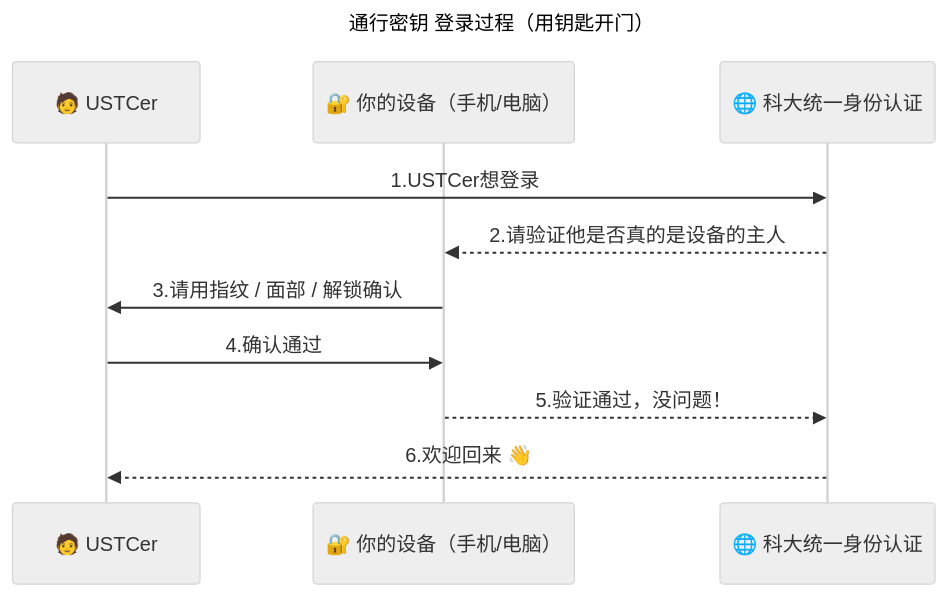
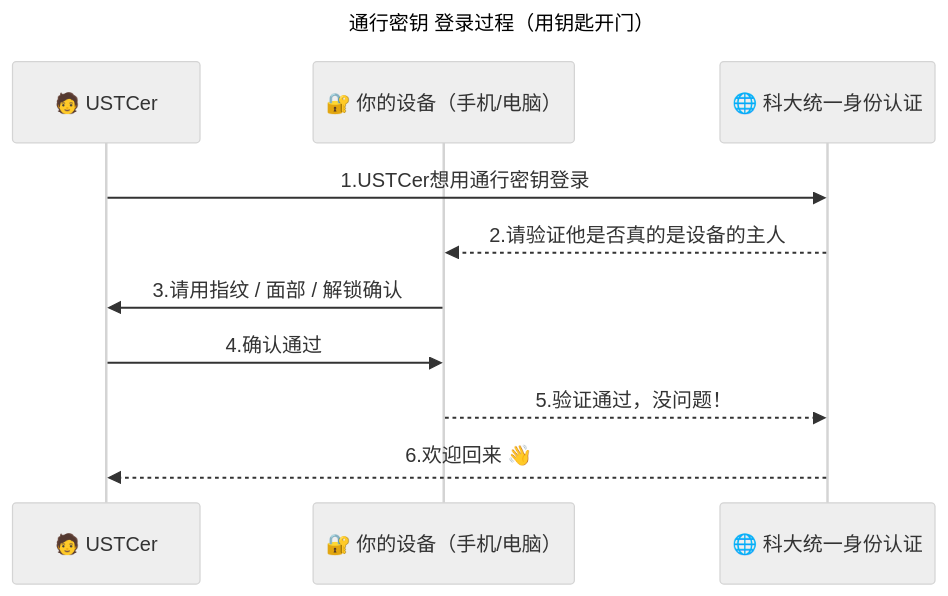
The second of 3 diagrams in docs/passkey.md (wf0229/id_doc), drawn with Mermaid (neutral theme) before and after one commit. The commit also changed other lines of this file, not shown here.

````diff
--- a/docs/passkey.md
+++ b/docs/passkey.md
@@ -20,14 +20,14 @@
 ```mermaid
 sequenceDiagram
     title 通行密钥 登录过程（用钥匙开门）
     participant U as 🧑 USTCer
     participant D as 🔐 你的设备（手机/电脑）
     participant P as 🌐 科大统一身份认证
 
-    U->>P: 1.USTCer想登录
+    U->>P: 1.USTCer想用通行密钥登录
     P-->>D: 2.请验证他是否真的是设备的主人
     D->>U: 3.请用指纹 / 面部 / 解锁确认
     U->>D: 4.确认通过
     D-->>P: 5.验证通过，没问题！
     P-->>U: 6.欢迎回来 👋
 ```
````
